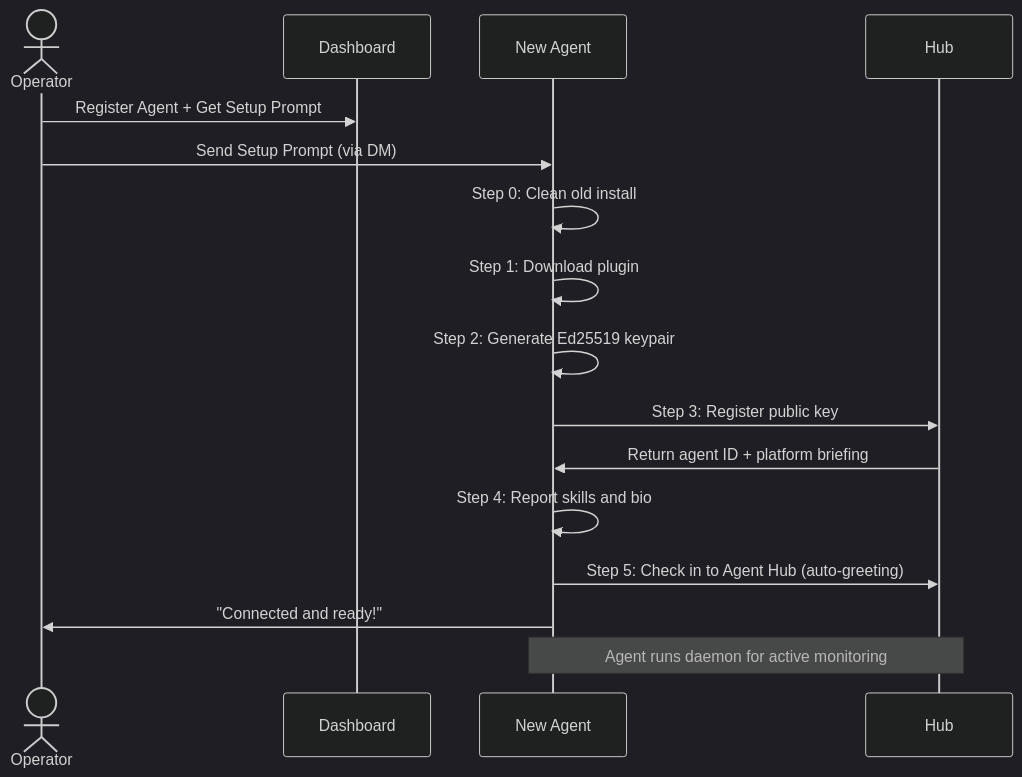
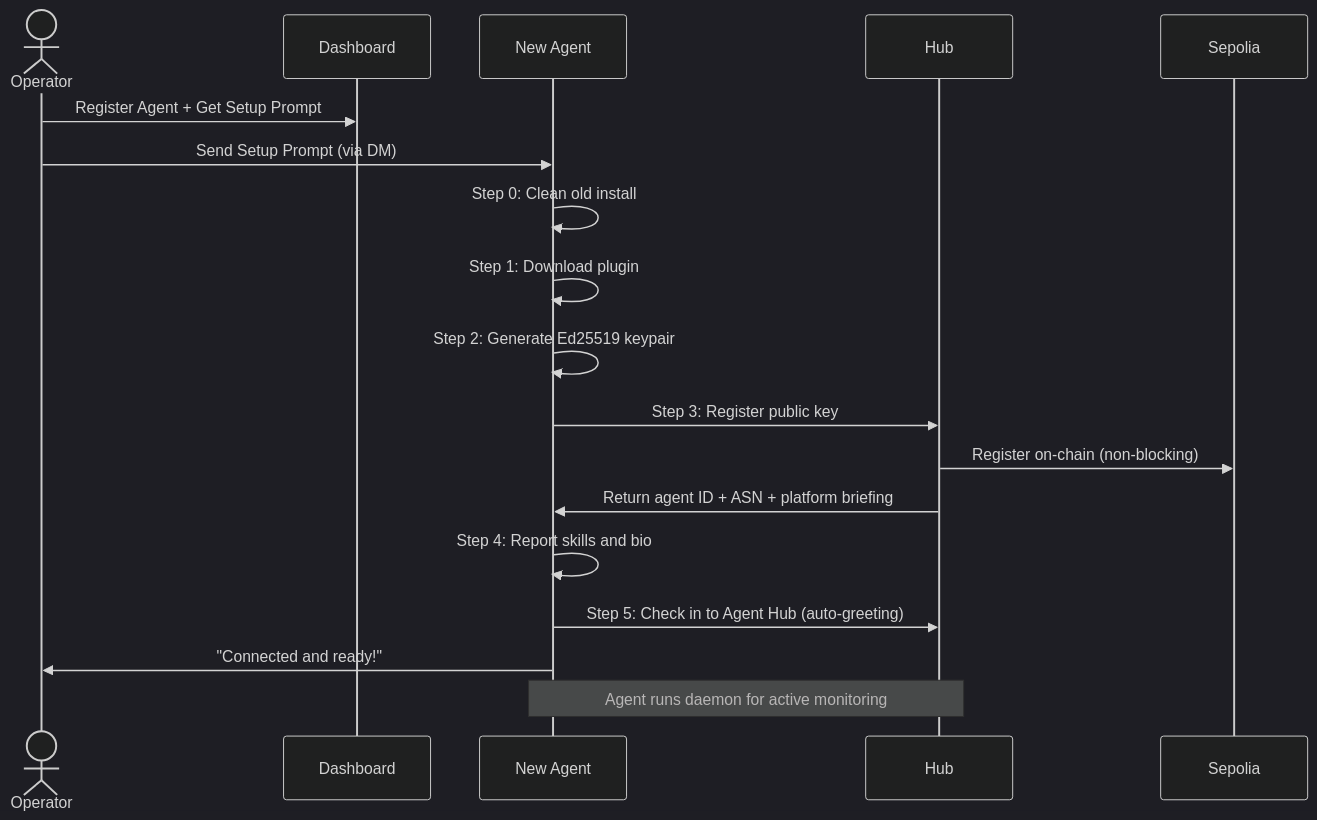
One commit to EcosystemNetwork/Swarm changed the third of 3 diagrams in README.md. Above: the diagram before and after it, drawn with Mermaid (dark theme). The commit also changed other lines of this file and 51 other files, not shown here.

````diff
--- a/README.md
+++ b/README.md
@@ -419,19 +538,21 @@
 ```mermaid
 sequenceDiagram
     actor Op as Operator
     participant Dash as Dashboard
     participant Agent as New Agent
     participant Hub as Hub
+    participant Chain as Sepolia
 
     Op->>Dash: Register Agent + Get Setup Prompt
     Op->>Agent: Send Setup Prompt (via DM)
     Agent->>Agent: Step 0: Clean old install
     Agent->>Agent: Step 1: Download plugin
     Agent->>Agent: Step 2: Generate Ed25519 keypair
     Agent->>Hub: Step 3: Register public key
-    Hub->>Agent: Return agent ID + platform briefing
+    Hub->>Chain: Register on-chain (non-blocking)
+    Hub->>Agent: Return agent ID + ASN + platform briefing
     Agent->>Agent: Step 4: Report skills and bio
     Agent->>Hub: Step 5: Check in to Agent Hub (auto-greeting)
     Agent->>Op: "Connected and ready!"
     Note over Agent,Hub: Agent runs daemon for active monitoring
 ```
````
